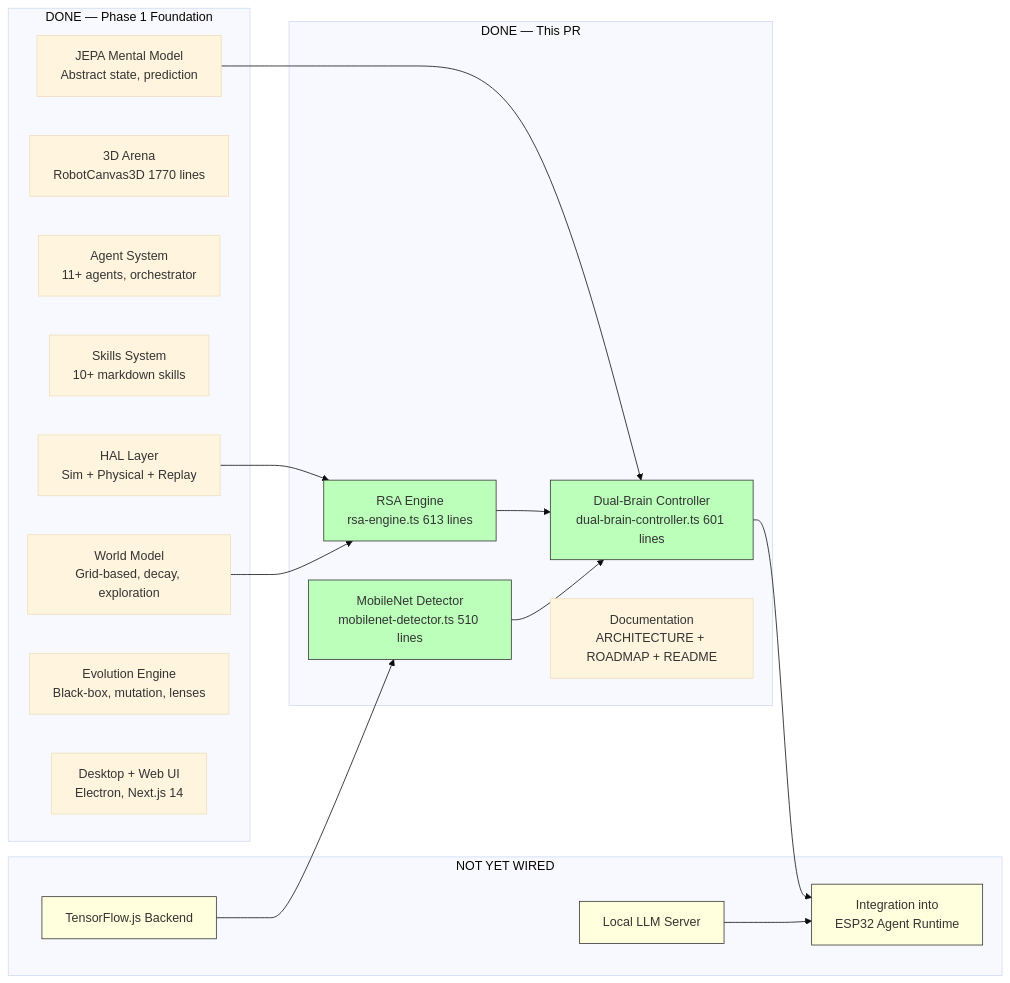
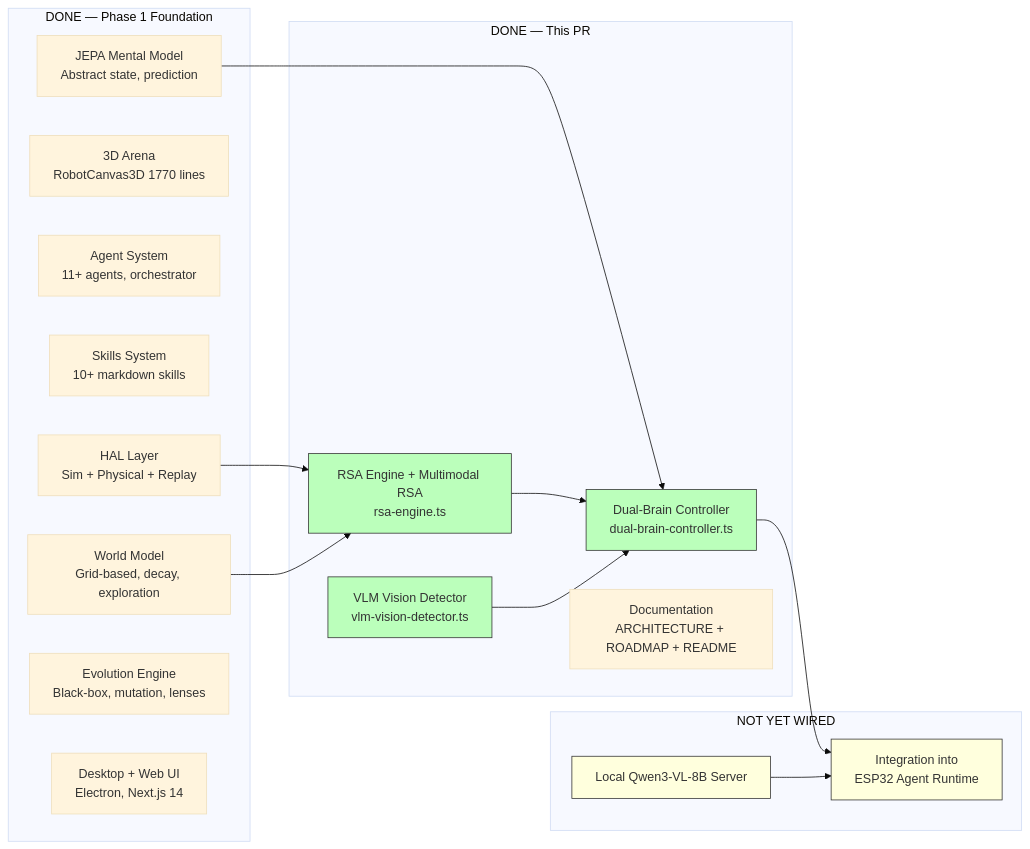
The first of 4 diagrams in NEXT-STEPS.md (EvolvingAgentsLabs/llmos), drawn with Mermaid (base theme) before and after one commit. The commit also changed other lines of this file and 6 other files, not shown here.

First line of the commit message:
feat: Add multimodal RSA, remove fallback options, focus on Qwen3-VL-8B

````diff
--- a/NEXT-STEPS.md
+++ b/NEXT-STEPS.md
@@ -12,42 +12,39 @@
 ```mermaid
 graph LR
     subgraph "DONE — Phase 1 Foundation"
         HAL[HAL Layer<br/>Sim + Physical + Replay]
         SIM[3D Arena<br/>RobotCanvas3D 1770 lines]
         AGT[Agent System<br/>11+ agents, orchestrator]
         SKL[Skills System<br/>10+ markdown skills]
         WM[World Model<br/>Grid-based, decay, exploration]
         JEPA[JEPA Mental Model<br/>Abstract state, prediction]
         EVO[Evolution Engine<br/>Black-box, mutation, lenses]
         UI[Desktop + Web UI<br/>Electron, Next.js 14]
     end
 
     subgraph "DONE — This PR"
-        RSA[RSA Engine<br/>rsa-engine.ts 613 lines]
-        DB[Dual-Brain Controller<br/>dual-brain-controller.ts 601 lines]
-        MN[MobileNet Detector<br/>mobilenet-detector.ts 510 lines]
+        RSA[RSA Engine + Multimodal RSA<br/>rsa-engine.ts]
+        DB[Dual-Brain Controller<br/>dual-brain-controller.ts]
+        VLM[VLM Vision Detector<br/>vlm-vision-detector.ts]
         DOC[Documentation<br/>ARCHITECTURE + ROADMAP + README]
     end
 
     subgraph "NOT YET WIRED"
-        INF[Local LLM Server]
-        TFJS[TensorFlow.js Backend]
+        INF[Local Qwen3-VL-8B Server]
         WIRE[Integration into<br/>ESP32 Agent Runtime]
     end
 
     HAL --> RSA
     WM --> RSA
     JEPA --> DB
     RSA --> DB
-    MN --> DB
+    VLM --> DB
     DB --> WIRE
     INF --> WIRE
-    TFJS --> MN
 
     style RSA fill:#bfb,stroke:#333
     style DB fill:#bfb,stroke:#333
-    style MN fill:#bfb,stroke:#333
+    style VLM fill:#bfb,stroke:#333
     style INF fill:#ffd,stroke:#333
-    style TFJS fill:#ffd,stroke:#333
     style WIRE fill:#ffd,stroke:#333
 ```
````
